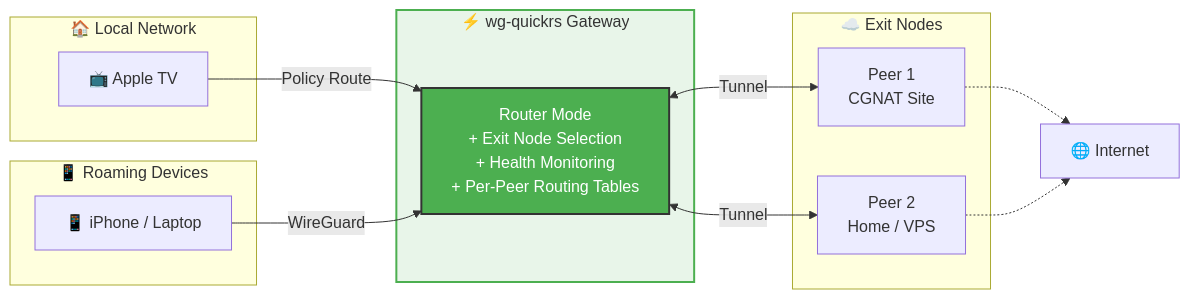
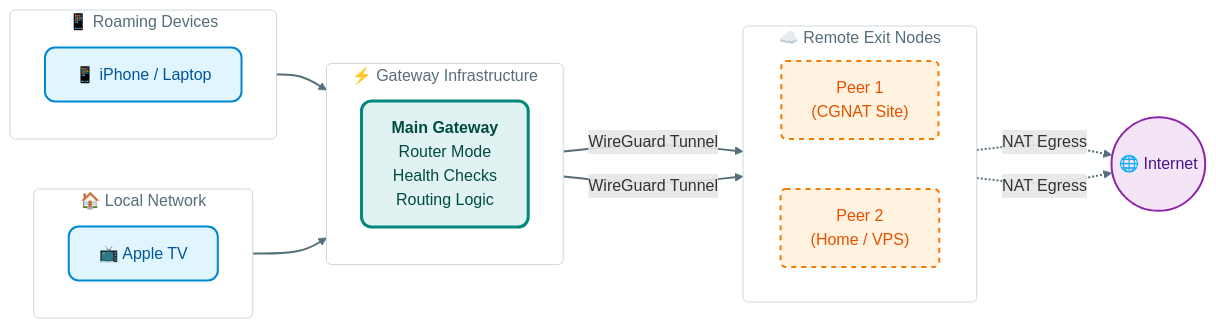
The diagram in README.md (grizzy255/wg-quickrs-router), drawn with Mermaid before and after one commit.

Commit message:
fix: Remove HTML tags from mermaid diagram for GitHub compatibility

````diff
--- a/README.md
+++ b/README.md
@@ -33,33 +33,65 @@
 ```mermaid
 flowchart LR
-    subgraph LAN ["🏠 Local Network"]
-        ATV["📺 Apple TV"]
+    %% --- Styling Definitions ---
+    classDef base font-family:sans-serif,font-size:14px
+    
+    %% Client Nodes (Blue Theme)
+    classDef client fill:#e1f5fe,stroke:#0288d1,stroke-width:2px,color:#01579b,rx:10,ry:10
+    
+    %% Gateway Node (Teal/Green Theme - Central Hub)
+    classDef gateway fill:#e0f2f1,stroke:#00897b,stroke-width:3px,color:#004d40,rx:10,ry:10,shadow:5px
+    
+    %% Exit Nodes (Orange Theme - External)
+    classDef exit fill:#fff3e0,stroke:#f57c00,stroke-width:2px,stroke-dasharray: 5 5,color:#e65100,rx:5,ry:5
+    
+    %% Internet (Purple Theme)
+    classDef internet fill:#f3e5f5,stroke:#8e24aa,stroke-width:2px,color:#4a148c
+    
+    %% Subgraph Styling
+    classDef subgraphStyle fill:#ffffff,stroke:#cfd8dc,stroke-width:1px,color:#546e7a,rx:5,ry:5
+
+    %% --- Graph Content ---
+    
+    subgraph Local ["🏠 Local Network"]
+        direction TB
+        ATV["📺 Apple TV"]:::client
     end
 
     subgraph Roaming ["📱 Roaming Devices"]
-        iPhone["📱 iPhone / Laptop"]
+        direction TB
+        iPhone["📱 iPhone / Laptop"]:::client
     end
 
-    subgraph GW ["⚡ wg-quickrs Gateway"]
-        Gateway["Router Mode\n+ Exit Node Selection\n+ Health Monitoring\n+ Per-Peer Routing Tables"]
+    subgraph GW_Zone ["⚡ Gateway Infrastructure"]
+        direction TB
+        GW["<b>Main Gateway</b><br/>Router Mode<br/>Health Checks<br/>Routing Logic"]:::gateway
     end
 
-    subgraph Remote ["☁️ Exit Nodes"]
-        Remote1["Peer 1\nCGNAT Site"]
-        Remote2["Peer 2\nHome / VPS"]
+    subgraph Exits ["☁️ Remote Exit Nodes"]
+        direction LR
+        Peer1["Peer 1<br/>(CGNAT Site)"]:::exit
+        Peer2["Peer 2<br/>(Home / VPS)"]:::exit
     end
 
-    World["🌐 Internet"]
+    World(("🌐 Internet")):::internet
 
-    ATV -->|Policy Route| Gateway
-    iPhone -->|WireGuard| Gateway
+    %% --- Connections ---
     
-    Gateway <-->|Tunnel| Remote1
-    Gateway <-->|Tunnel| Remote2
+    %% Client Traffic
+    ATV --> GW
+    iPhone --> GW
     
-    Remote1 -.-> World
-    Remote2 -.-> World
+    %% Encrypted Tunnels
+    GW -- "WireGuard Tunnel" --> Peer1
+    GW -- "WireGuard Tunnel" --> Peer2
+    
+    %% Internet Access
+    Peer1 -. "NAT Egress" .-> World
+    Peer2 -. "NAT Egress" .-> World
 
-    style Gateway fill:#4CAF50,stroke:#333,stroke-width:2px,color:#fff
-    style GW fill:#e8f5e9,stroke:#4CAF50,stroke-width:2px
+    %% Apply Styles
+    class Local,Roaming,GW_Zone,Exits subgraphStyle
+    
+    %% Link Styling for smoother look
+    linkStyle default stroke:#546e7a,stroke-width:2px,fill:none
 ```
````
